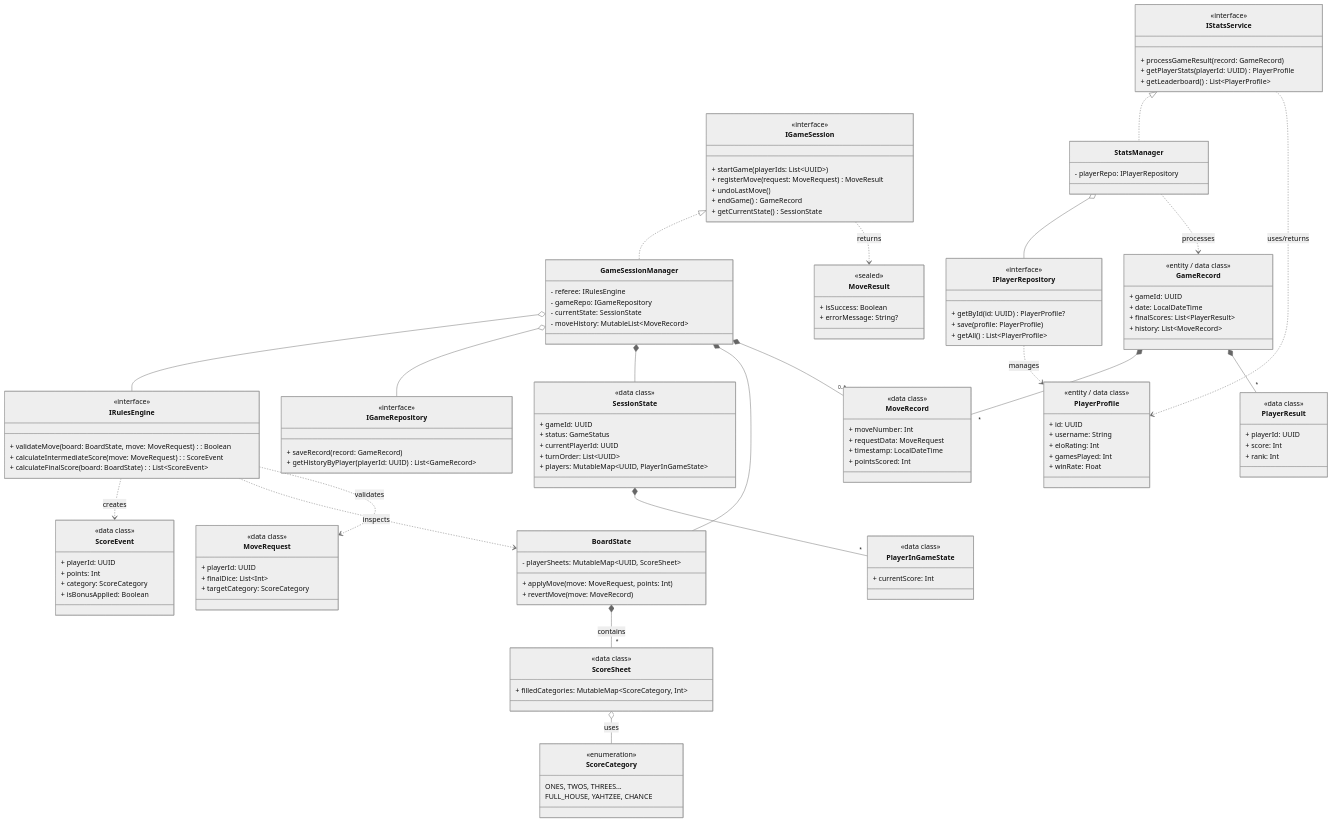
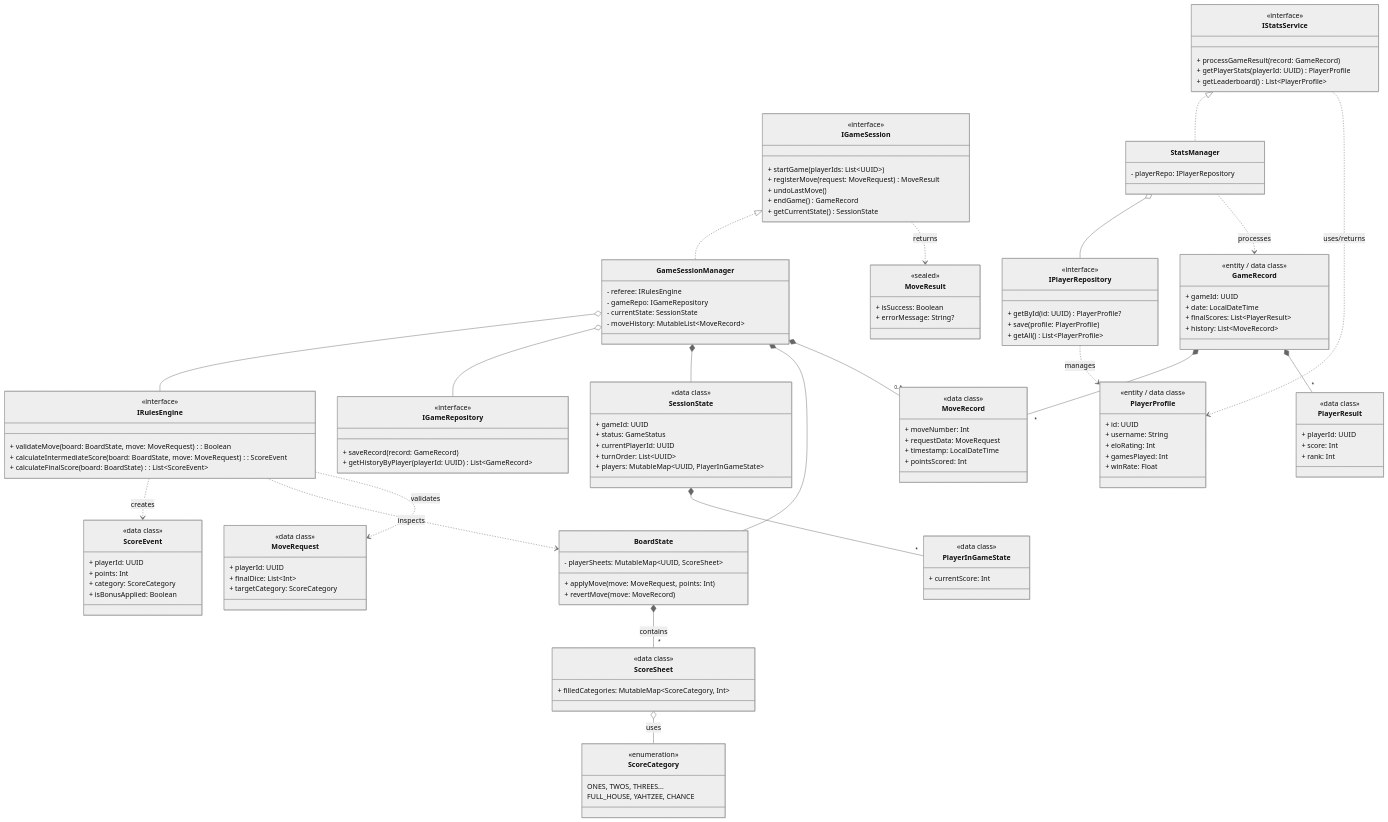
Before and after one commit to PavelSapegin/Carcassonne_game: the diagram in README.md, drawn with Mermaid (neutral theme). The commit also changed other lines of this file and 1 other file, not shown here.

Commit message:
Add packages

```diff
--- a/README.md
+++ b/README.md
@@ -37,7 +37,7 @@
     class IRulesEngine {
         <<interface>>
         + validateMove(board: BoardState, move: MoveRequest): Boolean
-        + calculateIntermediateScore(move: MoveRequest): ScoreEvent
+        + calculateIntermediateScore(board: BoardState, move: MoveRequest): ScoreEvent
         + calculateFinalScore(board: BoardState): List~ScoreEvent~
     }
 
```
